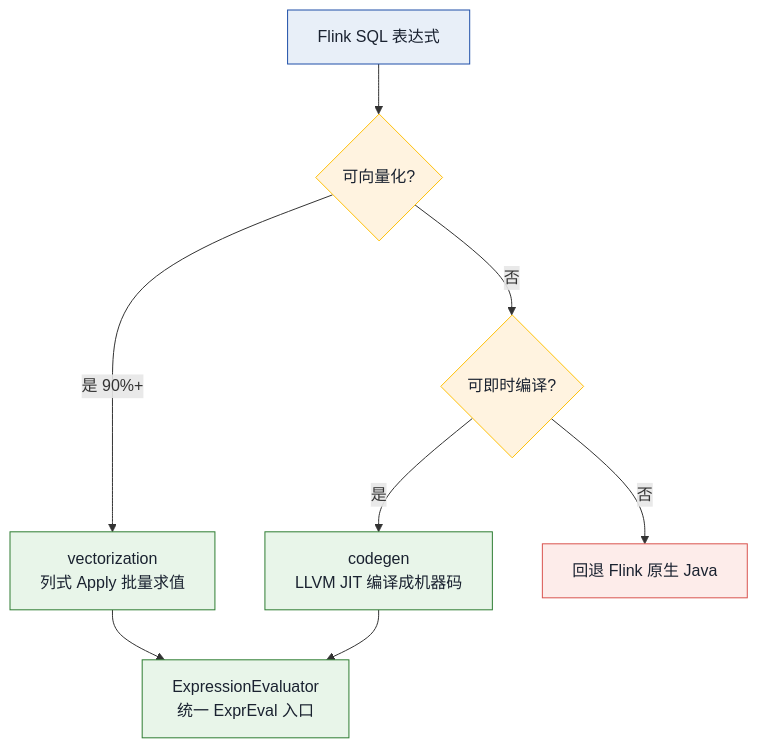
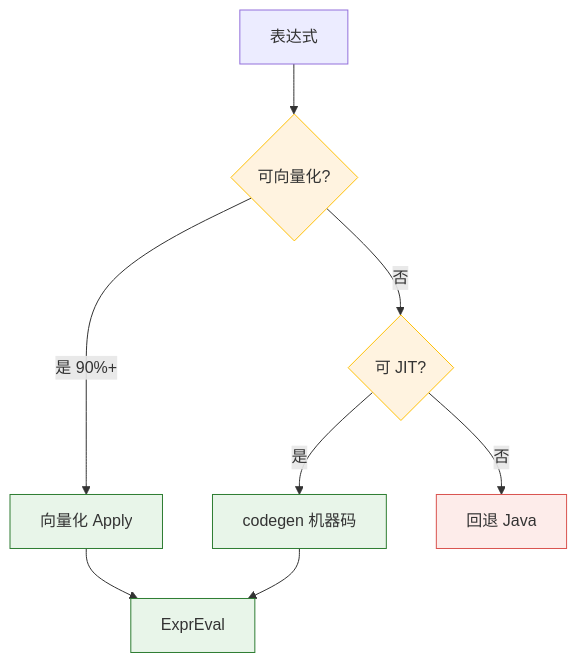
Before and after one commit to int2t05/internship: the third of 13 diagrams in manuscript.md, drawn with Mermaid. The commit also changed other lines of this file and 12 other files, not shown here.

````diff
--- a/manuscript.md
+++ b/manuscript.md
@@ -202,18 +189,16 @@
 ```mermaid
 flowchart TD
-    E["Flink SQL 表达式"] --> P{可向量化?}
-    P -->|是 90%+| V["vectorization<br/>列式 Apply 批量求值"]
-    P -->|否| C{可即时编译?}
-    C -->|是| G["codegen<br/>LLVM JIT 编译成机器码"]
-    C -->|否| J["回退 Flink 原生 Java"]
-    G --> M["ExpressionEvaluator<br/>统一 ExprEval 入口"]
+    E["表达式"] --> P{可向量化?}
+    P -->|是 90%+| V["向量化 Apply"]
+    P -->|否| C{可 JIT?}
+    C -->|是| G["codegen 机器码"]
+    C -->|否| J["回退 Java"]
+    G --> M["ExprEval"]
     V --> M
-    classDef start fill:#E8EFF8,stroke:#1E4FA8,color:#1A2230
-    classDef dec fill:#FFF3E0,stroke:#FFC107,color:#1A2230
-    classDef ok fill:#E8F5E9,stroke:#2E7D32,color:#1A2230
-    classDef bad fill:#FDECEA,stroke:#D9534F,color:#1A2230
-    class E start
+    classDef ok fill:#E8F5E9,stroke:#2E7D32
+    classDef dec fill:#FFF3E0,stroke:#FFC107
+    classDef bad fill:#FDECEA,stroke:#D9534F
+    class V,G,M ok
     class P,C dec
-    class V,G,M ok
     class J bad
 ```
````
